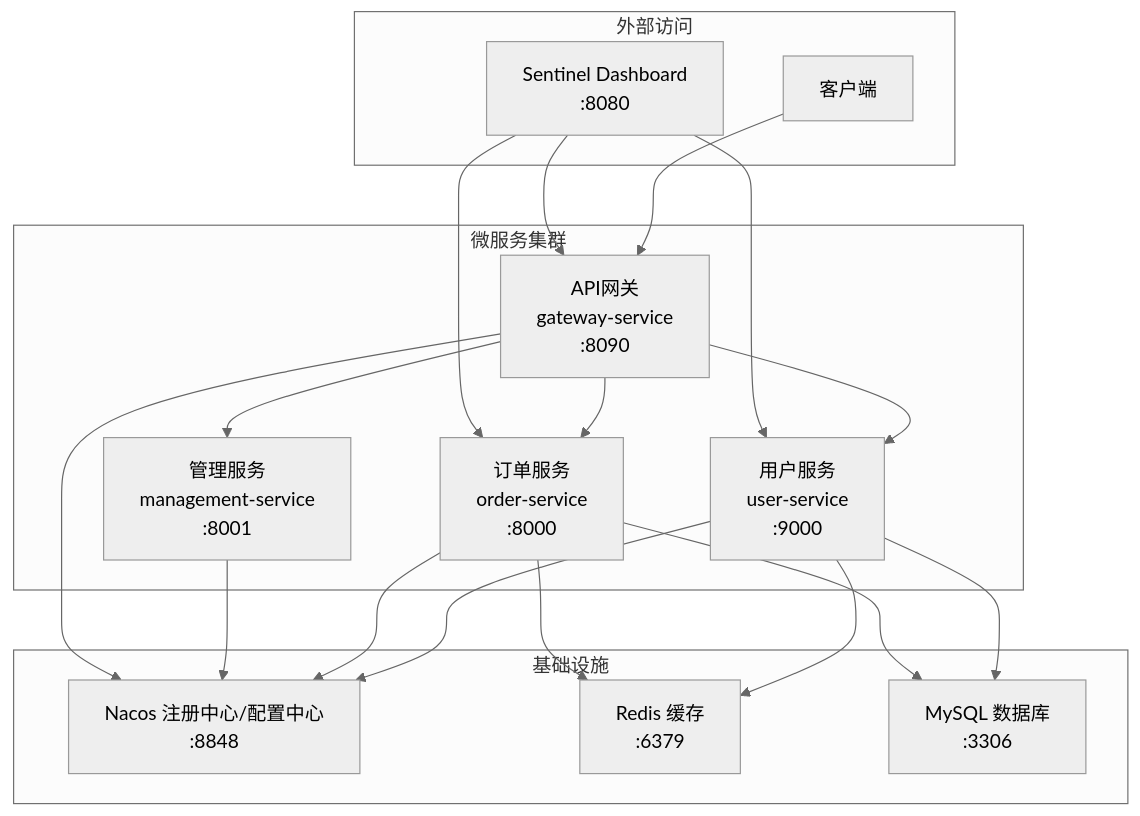
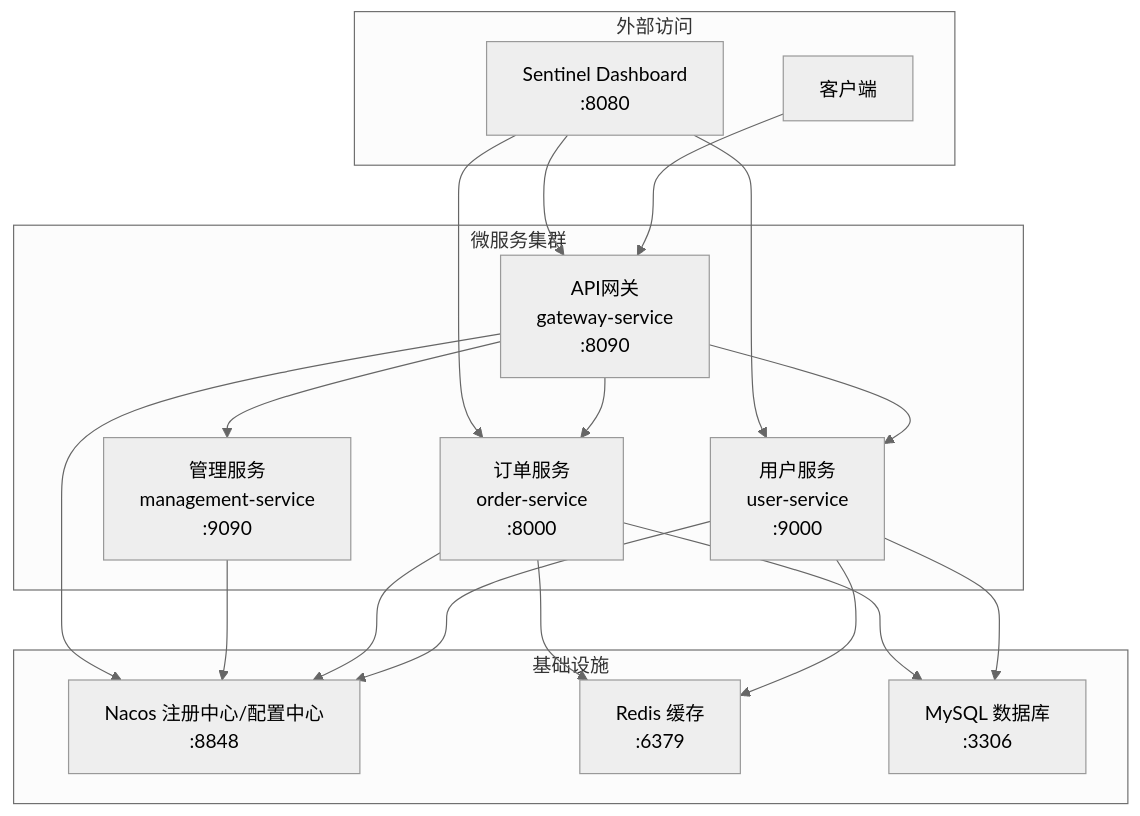
The diagram in README.md (nikedamowang/spring-cloud-alibaba-microservices), drawn with Mermaid (neutral theme) before and after one commit. The commit also changed other lines of this file and 18 other files, not shown here.

````diff
--- a/README.md
+++ b/README.md
@@ -34,39 +48,39 @@
 ```mermaid
 graph TB
     subgraph "外部访问"
         Client[客户端]
         Dashboard[Sentinel Dashboard<br/>:8080]
     end
     
     subgraph "基础设施"
         Nacos[Nacos 注册中心/配置中心<br/>:8848]
         Redis[Redis 缓存<br/>:6379]
         MySQL[MySQL 数据库<br/>:3306]
     end
     
     subgraph "微服务集群"
         Gateway[API网关<br/>gateway-service<br/>:8090]
         User[用户服务<br/>user-service<br/>:9000]
         Order[订单服务<br/>order-service<br/>:8000]
-        Management[管理服务<br/>management-service<br/>:8001]
+        Management[管理服务<br/>management-service<br/>:9090]
     end
     
     Client --> Gateway
     Gateway --> User
     Gateway --> Order
     Gateway --> Management
     
     User --> Nacos
     Order --> Nacos
     Management --> Nacos
     Gateway --> Nacos
     
     User --> Redis
     Order --> Redis
     User --> MySQL
     Order --> MySQL
     
     Dashboard --> User
     Dashboard --> Order
     Dashboard --> Gateway
 ```
````
